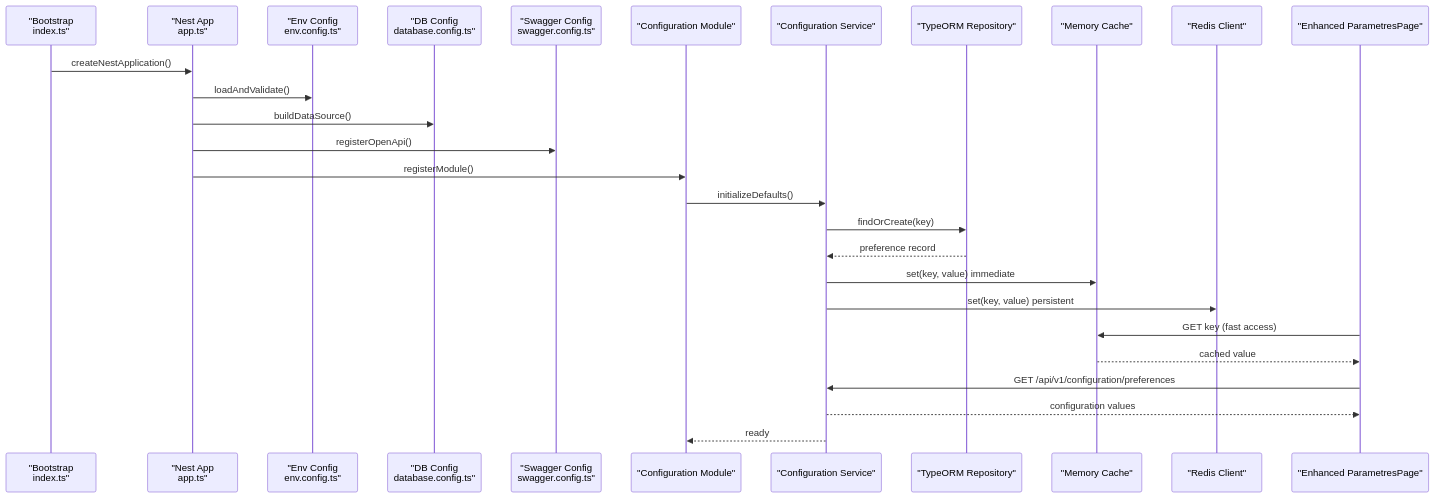
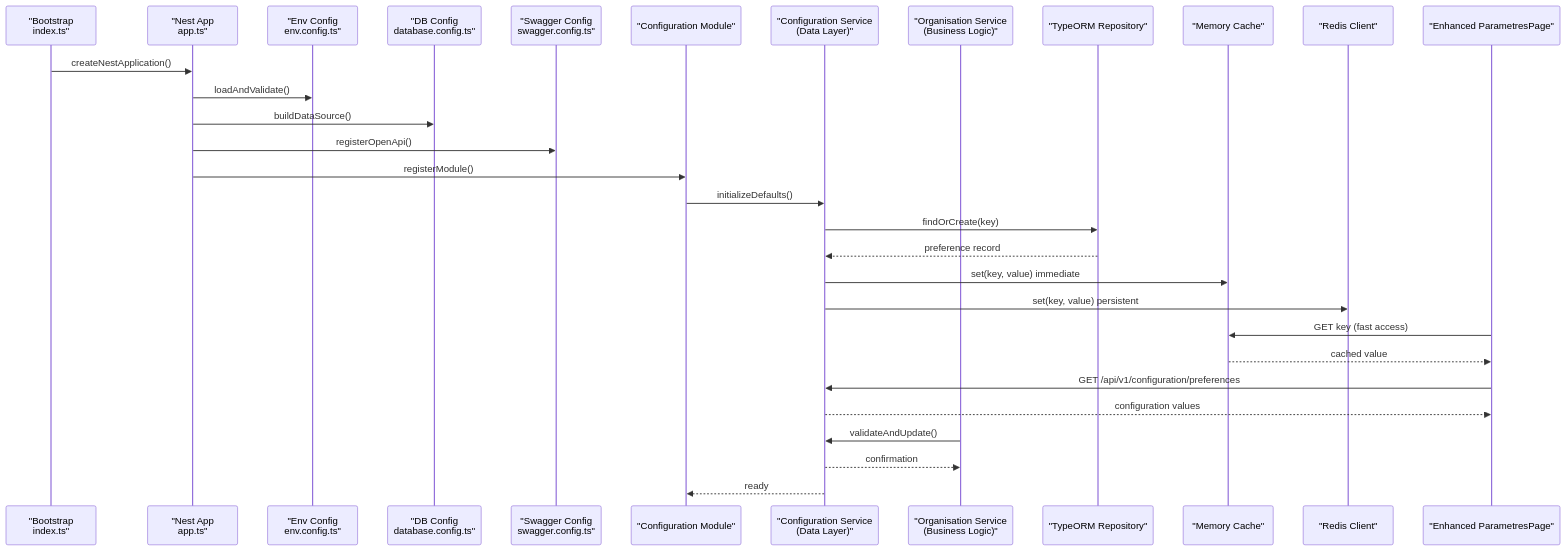
Before and after one commit to franckylab/eLISAschool: the second of 5 diagrams in .qoder/repowiki/en/content/System Architecture/Backend Architecture/Configuration & Environment Management.md, drawn with Mermaid. The commit also changed other lines of this file and 262 other files, not shown here.

First line of the commit message:
refactor(architecture): améliorer gestion distribuée de la configuration et délégation contrôleur

````diff
--- a/.qoder/repowiki/en/content/System Architecture/Backend Architecture/Configuration & Environment Management.md
+++ b/.qoder/repowiki/en/content/System Architecture/Backend Architecture/Configuration & Environment Management.md
@@ -144,29 +153,32 @@
 ```mermaid
 sequenceDiagram
 participant Boot as "Bootstrap<br/>index.ts"
 participant App as "Nest App<br/>app.ts"
 participant Env as "Env Config<br/>env.config.ts"
 participant DB as "DB Config<br/>database.config.ts"
 participant SW as "Swagger Config<br/>swagger.config.ts"
-participant Mod as "Configuration Module"
-participant Svc as "Configuration Service"
+participant ConfMod as "Configuration Module"
+participant ConfSvc as "Configuration Service<br/>(Data Layer)"
+participant OrgSvc as "Organisation Service<br/>(Business Logic)"
 participant Repo as "TypeORM Repository"
 participant MemCache as "Memory Cache"
 participant Redis as "Redis Client"
 participant FE as "Enhanced ParametresPage"
 Boot->>App : createNestApplication()
 App->>Env : loadAndValidate()
 App->>DB : buildDataSource()
 App->>SW : registerOpenApi()
-App->>Mod : registerModule()
-Mod->>Svc : initializeDefaults()
-Svc->>Repo : findOrCreate(key)
-Repo-->>Svc : preference record
-Svc->>MemCache : set(key, value) immediate
-Svc->>Redis : set(key, value) persistent
+App->>ConfMod : registerModule()
+ConfMod->>ConfSvc : initializeDefaults()
+ConfSvc->>Repo : findOrCreate(key)
+Repo-->>ConfSvc : preference record
+ConfSvc->>MemCache : set(key, value) immediate
+ConfSvc->>Redis : set(key, value) persistent
 FE->>MemCache : GET key (fast access)
 MemCache-->>FE : cached value
-FE->>Svc : GET /api/v1/configuration/preferences
-Svc-->>FE : configuration values
-Svc-->>Mod : ready
+FE->>ConfSvc : GET /api/v1/configuration/preferences
+ConfSvc-->>FE : configuration values
+OrgSvc->>ConfSvc : validateAndUpdate()
+ConfSvc-->>OrgSvc : confirmation
+ConfSvc-->>ConfMod : ready
 ```
````
